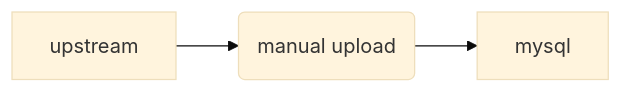
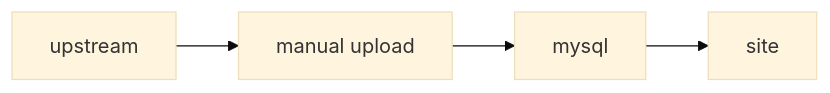
One commit to owid/etl changed the second of 5 diagrams in docs/architecture/index.md. Above: the diagram before and after it, drawn with Mermaid (base theme). The commit also changed other lines of this file and 14 other files, not shown here.

````diff
--- a/docs/architecture/index.md
+++ b/docs/architecture/index.md
@@ -59,5 +32,5 @@
 ```mermaid
 graph LR
 
-upstream --> admin(manual upload) --> mysql
+upstream --> upload[manual upload] --> mysql --> site
 ```
````
